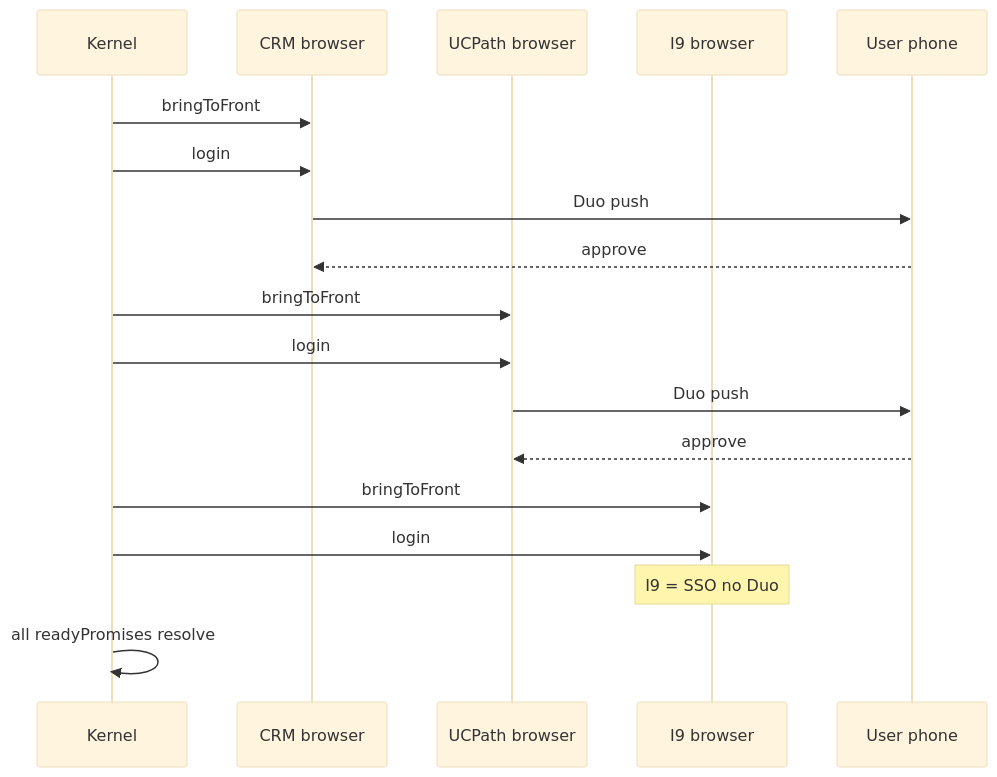
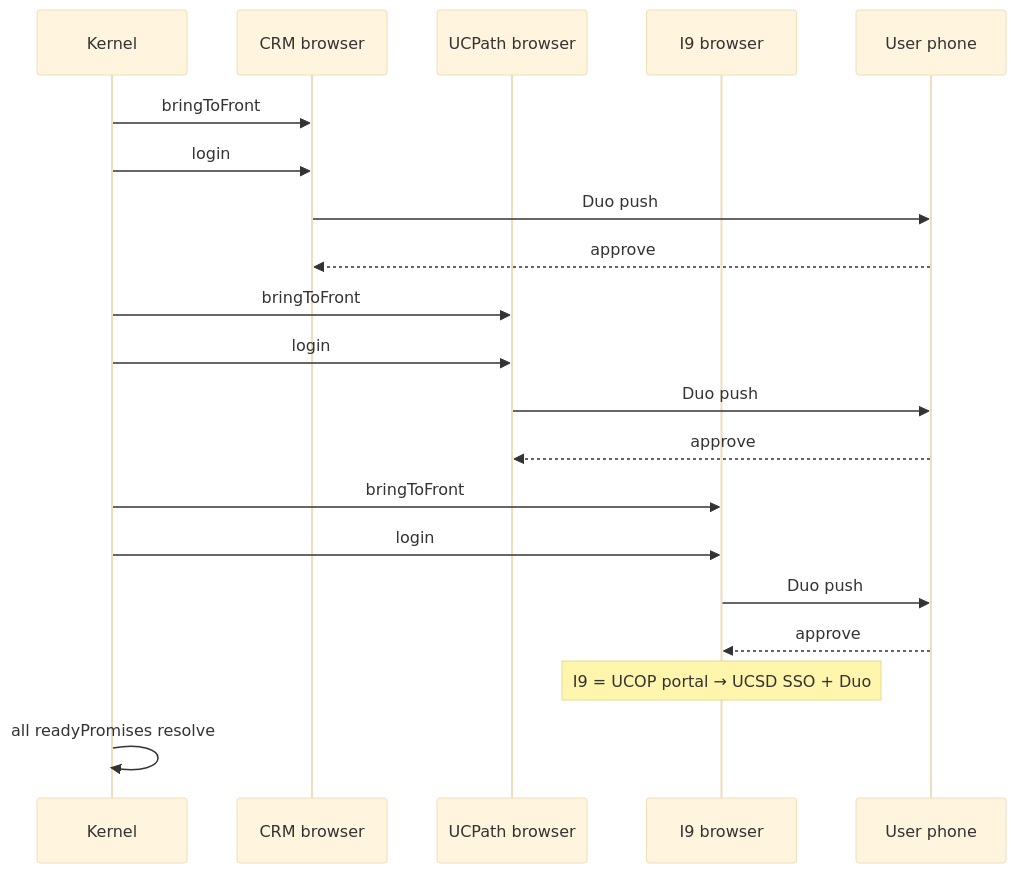
The tenth of 16 diagrams in docs/engineering/architecture-deep-dive.md (julianthant/hr-automation), drawn with Mermaid (base theme) before and after one commit. The commit also changed other lines of this file and 5 other files, not shown here.

First line of the commit message:
docs(i9): record the UCOP SSO + Duo login migration

````diff
--- a/docs/engineering/architecture-deep-dive.md
+++ b/docs/engineering/architecture-deep-dive.md
@@ -629,20 +629,22 @@
 ```mermaid
 sequenceDiagram
     participant K as Kernel
     participant B1 as CRM browser
     participant B2 as UCPath browser
     participant B3 as I9 browser
     participant U as User phone
     K->>B1: bringToFront
     K->>B1: login
     B1->>U: Duo push
     U-->>B1: approve
     K->>B2: bringToFront
     K->>B2: login
     B2->>U: Duo push
     U-->>B2: approve
     K->>B3: bringToFront
     K->>B3: login
-    Note over B3: I9 = SSO no Duo
+    B3->>U: Duo push
+    U-->>B3: approve
+    Note over B3: I9 = UCOP portal → UCSD SSO + Duo
     K->>K: all readyPromises resolve
 ```
````
